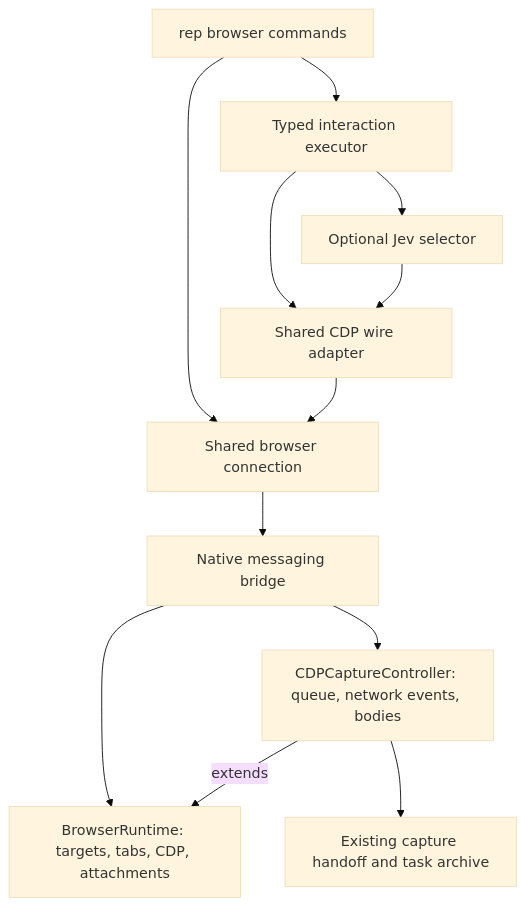
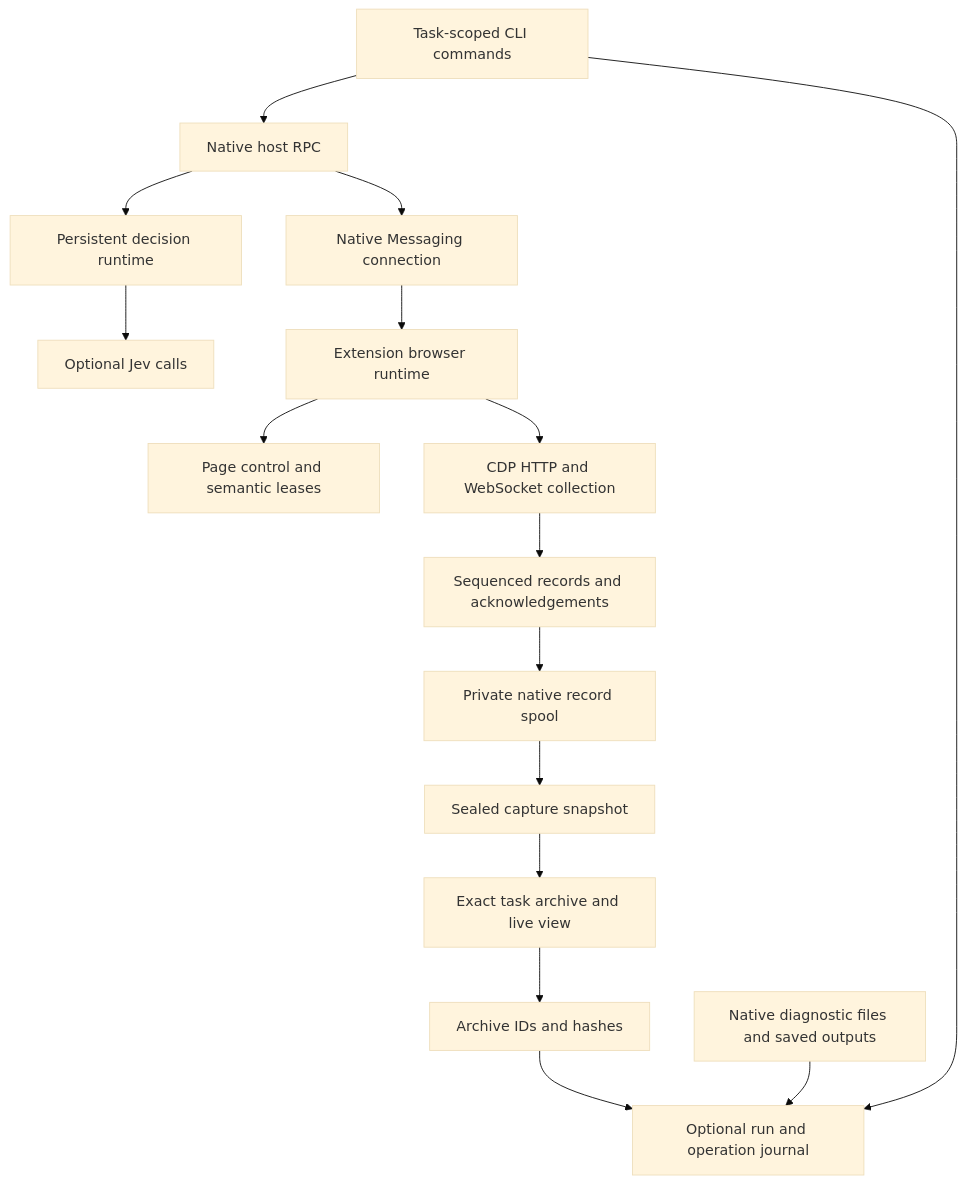
Before and after one commit to sijan2/rep-cli: the diagram in docs/architecture.md, drawn with Mermaid (base theme). The commit also changed other lines of this file and 172 other files, not shown here.

Commit message:
Add native/transport/packet capture, evidence, decision runtime, and media commands

````diff
--- a/docs/architecture.md
+++ b/docs/architecture.md
@@ -8,14 +8,18 @@
 ```mermaid
 flowchart TD
-    CLI[rep browser commands] --> Connection[Shared browser connection]
-    CLI --> Flow[Typed interaction executor]
-    Flow --> Choice[Optional Jev selector]
-    Flow --> RPC[Shared CDP wire adapter]
-    Choice --> RPC
-    RPC --> Connection
-    Connection --> Bridge[Native messaging bridge]
-    Bridge --> Runtime[BrowserRuntime: targets, tabs, CDP, attachments]
-    Capture[CDPCaptureController: queue, network events, bodies] -->|extends| Runtime
-    Bridge --> Capture
-    Capture --> Archive[Existing capture handoff and task archive]
+    CLI[Task-scoped CLI commands] --> Host[Native host RPC]
+    Host --> Decisions[Persistent decision runtime]
+    Decisions --> Jev[Optional Jev calls]
+    Host --> Bridge[Native Messaging connection]
+    Bridge --> Runtime[Extension browser runtime]
+    Runtime --> Page[Page control and semantic leases]
+    Runtime --> Capture[CDP HTTP and WebSocket collection]
+    Capture --> Transport[Sequenced records and acknowledgements]
+    Transport --> Spool[Private native record spool]
+    Spool --> Snapshot[Sealed capture snapshot]
+    Snapshot --> Archives[Exact task archive and live view]
+    CLI --> Evidence[Optional run and operation journal]
+    Archives --> References[Archive IDs and hashes]
+    References --> Evidence
+    Files[Native diagnostic files and saved outputs] --> Evidence
 ```
````
